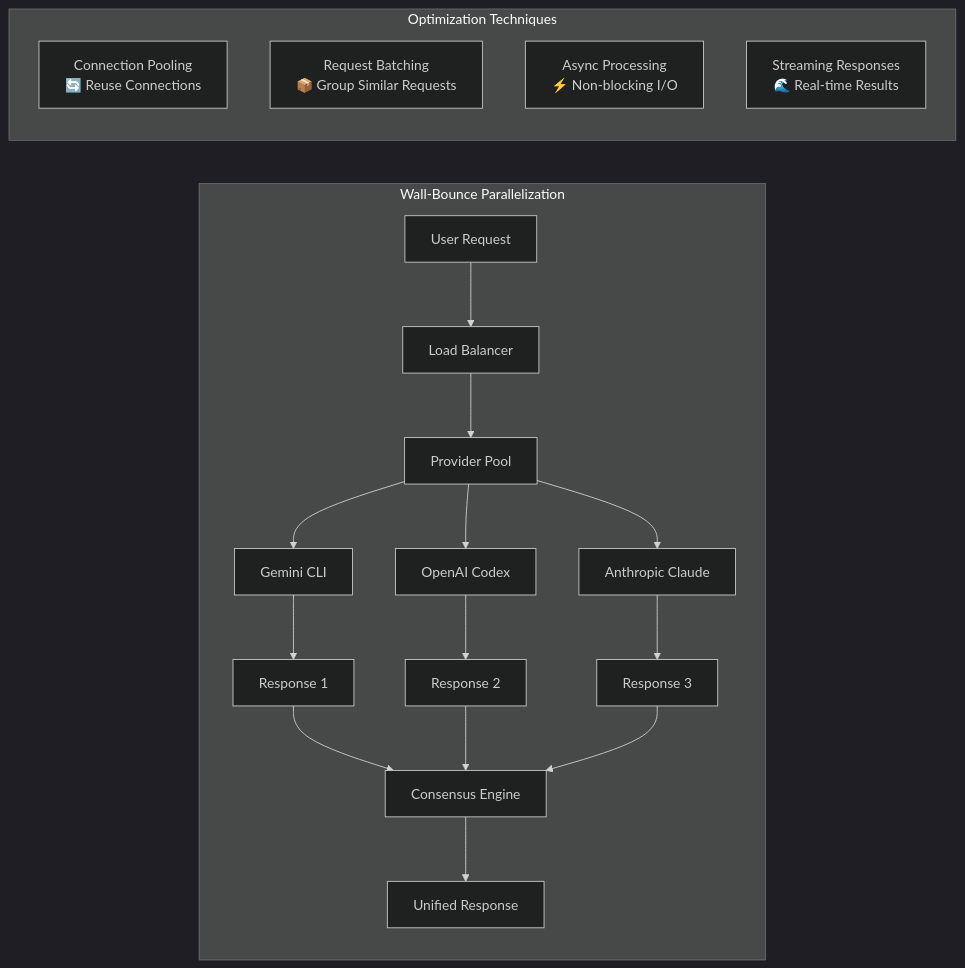
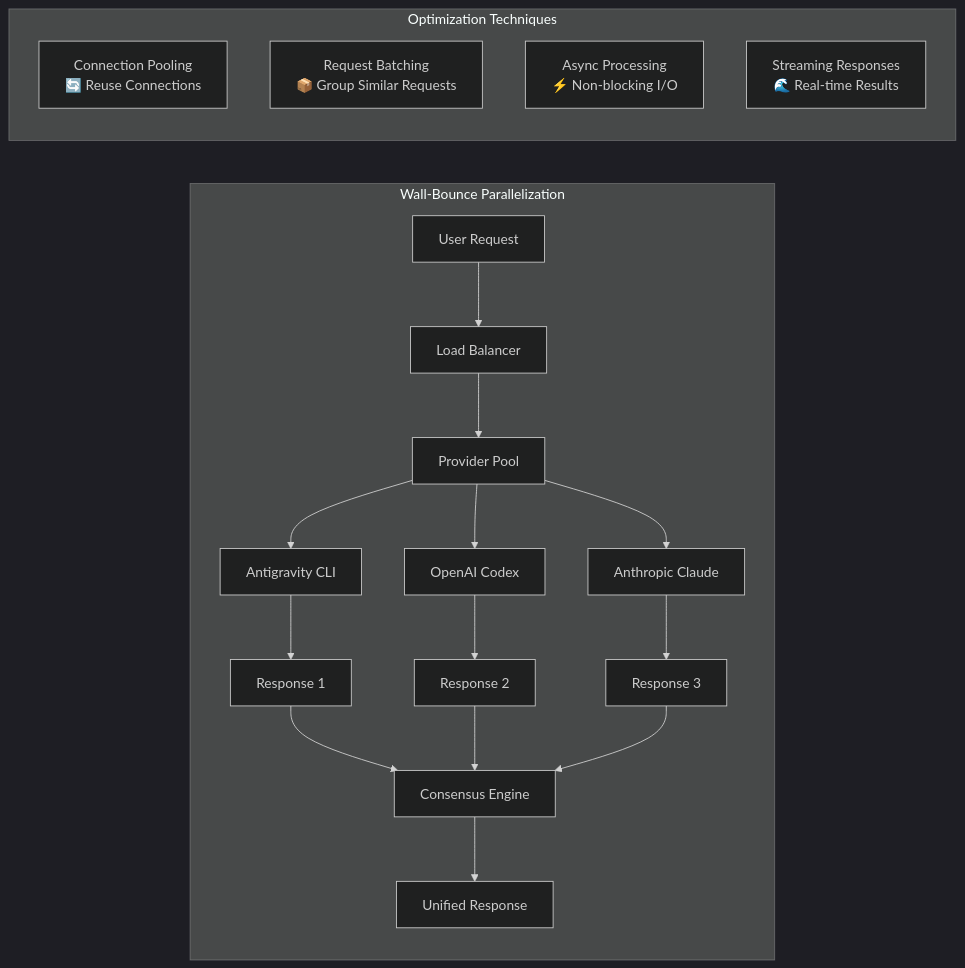
Before and after one commit to wombat2006/techdev: diagram 31 of 54 in docs/BASIC_DESIGN_DETAILED.md, drawn with Mermaid (dark theme). The commit also changed other lines of this file and 19 other files, not shown here.

First line of the commit message:
docs: Gemini CLI 表記を Antigravity CLI（agy）へ移行

````diff
--- a/docs/BASIC_DESIGN_DETAILED.md
+++ b/docs/BASIC_DESIGN_DETAILED.md
@@ -1177,28 +1177,28 @@
 ```mermaid
 flowchart LR
     subgraph "Wall-Bounce Parallelization"
         A[User Request] --> B[Load Balancer]
         B --> C[Provider Pool]
         
-        C --> D[Gemini CLI]
+        C --> D[Antigravity CLI]
         C --> E[OpenAI Codex]
         C --> F[Anthropic Claude]
         
         D --> G[Response 1]
         E --> H[Response 2]
         F --> I[Response 3]
         
         G --> J[Consensus Engine]
         H --> J
         I --> J
         
         J --> K[Unified Response]
     end
     
     subgraph "Optimization Techniques"
         L[Connection Pooling<br/>🔄 Reuse Connections]
         M[Request Batching<br/>📦 Group Similar Requests]
         N[Async Processing<br/>⚡ Non-blocking I/O]
         O[Streaming Responses<br/>🌊 Real-time Results]
     end
 ```
````
